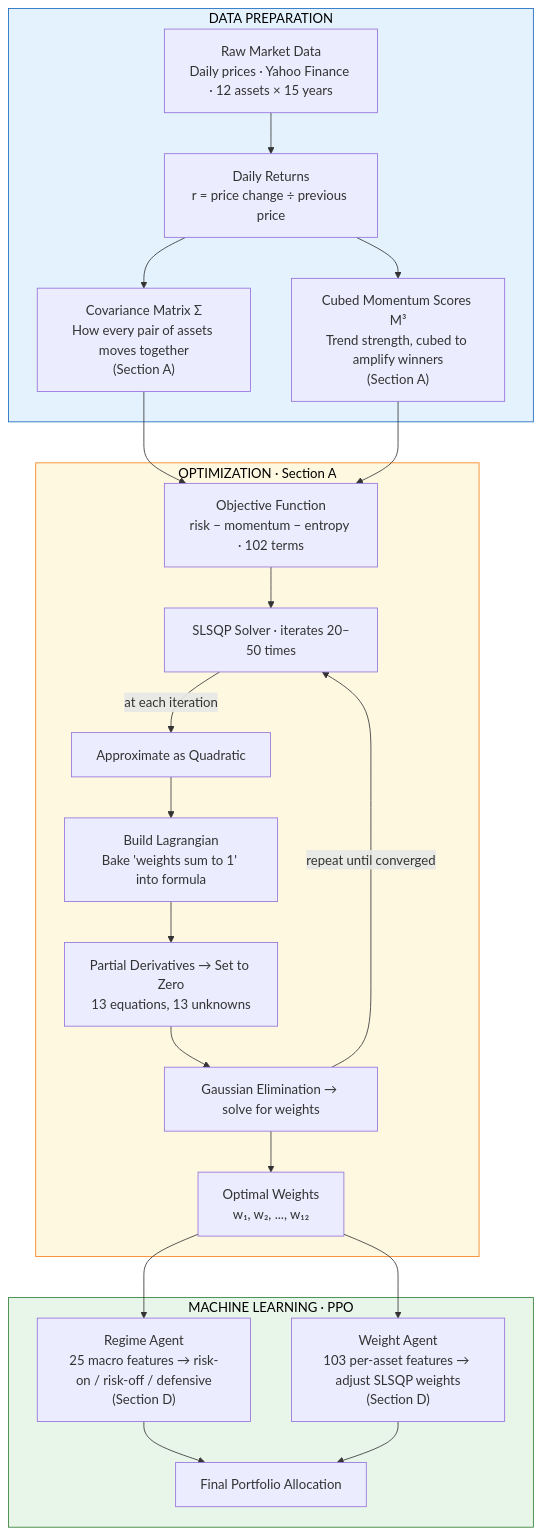
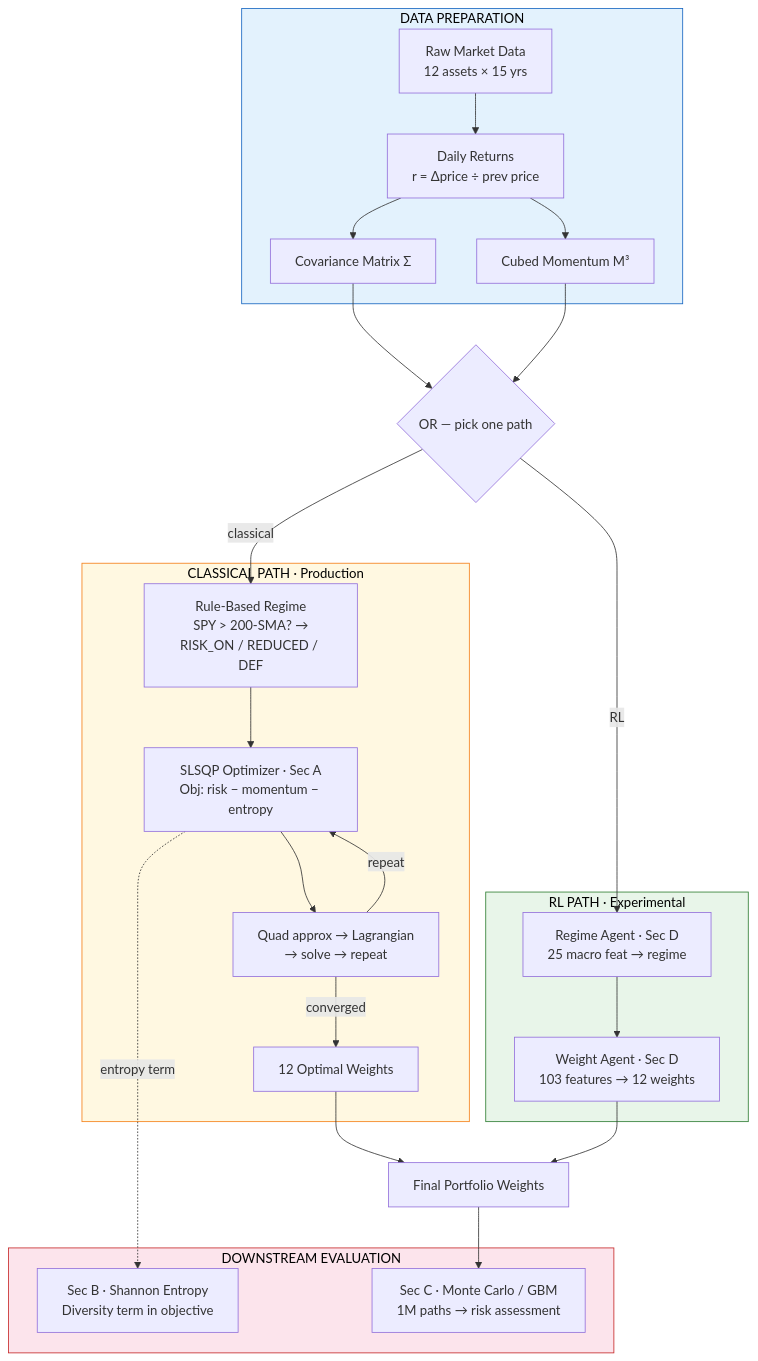
The diagram in README.md (Guannings/alpha_dual_engine), drawn with Mermaid before and after one commit.

Commit message:
Redesign math flow diagram — parallel classical/RL paths with OR junction
The old flowchart incorrectly showed PPO after SLSQP as if it adjusted
SLSQP weights. Redesigned to show them as alternative engines with an
OR decision point, added missing Section C (Monte Carlo), and shortened
node labels to prevent GitHub clipping.

````diff
--- a/README.md
+++ b/README.md
@@ -1067,46 +1067,55 @@
 ```mermaid
 graph TD
     subgraph DATA ["DATA PREPARATION"]
-        A["Raw Market Data<br/>Daily prices · Yahoo Finance · 12 assets × 15 years"]
-        B["Daily Returns<br/>r = price change ÷ previous price"]
-        C["Covariance Matrix Σ<br/>How every pair of assets moves together<br/>(Section A)"]
-        D["Cubed Momentum Scores M³<br/>Trend strength, cubed to amplify winners<br/>(Section A)"]
+        RAW["Raw Market Data<br/>12 assets × 15 yrs"]
+        RET["Daily Returns<br/>r = Δprice ÷ prev price"]
+        COV["Covariance Matrix Σ"]
+        MOM["Cubed Momentum M³"]
     end
 
-    subgraph MATH ["OPTIMIZATION · Section A"]
-        E["Objective Function<br/>risk − momentum − entropy · 102 terms"]
-        F["SLSQP Solver · iterates 20–50 times"]
-        G["Approximate as Quadratic"]
-        H["Build Lagrangian<br/>Bake 'weights sum to 1' into formula"]
-        I["Partial Derivatives → Set to Zero<br/>13 equations, 13 unknowns"]
-        J["Gaussian Elimination → solve for weights"]
-        K["Optimal Weights<br/>w₁, w₂, ..., w₁₂"]
+    RAW --> RET
+    RET --> COV
+    RET --> MOM
+
+    COV --> PICK
+    MOM --> PICK
+    PICK{"OR — pick one path"}
+
+    subgraph CLASSICAL ["CLASSICAL PATH · Production"]
+        REG_C["Rule-Based Regime<br/>SPY > 200-SMA? →<br/>RISK_ON / REDUCED / DEF"]
+        OBJ["SLSQP Optimizer · Sec A<br/>Obj: risk − momentum − entropy"]
+        ITER["Quad approx → Lagrangian<br/>→ solve → repeat"]
+        W_C["12 Optimal Weights"]
     end
 
-    subgraph ML ["MACHINE LEARNING · PPO"]
-        L["Regime Agent<br/>25 macro features → risk-on / risk-off / defensive<br/>(Section D)"]
-        M["Weight Agent<br/>103 per-asset features → adjust SLSQP weights<br/>(Section D)"]
-        N["Final Portfolio Allocation"]
+    subgraph RL_PATH ["RL PATH · Experimental"]
+        REG_R["Regime Agent · Sec D<br/>25 macro feat → regime"]
+        W_R["Weight Agent · Sec D<br/>103 features → 12 weights"]
     end
 
-    A --> B
-    B --> C
-    B --> D
-    C --> E
-    D --> E
-    E --> F
-    F -->|"at each iteration"| G
-    G --> H
-    H --> I
-    I --> J
-    J -->|"repeat until converged"| F
-    J --> K
-    K --> L
-    K --> M
-    L --> N
-    M --> N
+    PICK -->|"classical"| REG_C
+    PICK -->|"RL"| REG_R
+
+    REG_C --> OBJ
+    OBJ --> ITER
+    ITER -->|"converged"| W_C
+    ITER -->|"repeat"| OBJ
+
+    REG_R --> W_R
+
+    W_C --> FINAL["Final Portfolio Weights"]
+    W_R --> FINAL
+
+    subgraph DOWN ["DOWNSTREAM EVALUATION"]
+        ENT["Sec B · Shannon Entropy<br/>Diversity term in objective"]
+        MC["Sec C · Monte Carlo / GBM<br/>1M paths → risk assessment"]
+    end
+
+    FINAL --> MC
+    OBJ -.->|"entropy term"| ENT
 
     style DATA fill:#e3f2fd,stroke:#1565c0,color:#000
-    style MATH fill:#fff8e1,stroke:#f57f17,color:#000
-    style ML fill:#e8f5e9,stroke:#2e7d32,color:#000
+    style CLASSICAL fill:#fff8e1,stroke:#f57f17,color:#000
+    style RL_PATH fill:#e8f5e9,stroke:#2e7d32,color:#000
+    style DOWN fill:#fce4ec,stroke:#c62828,color:#000
 ```
````
